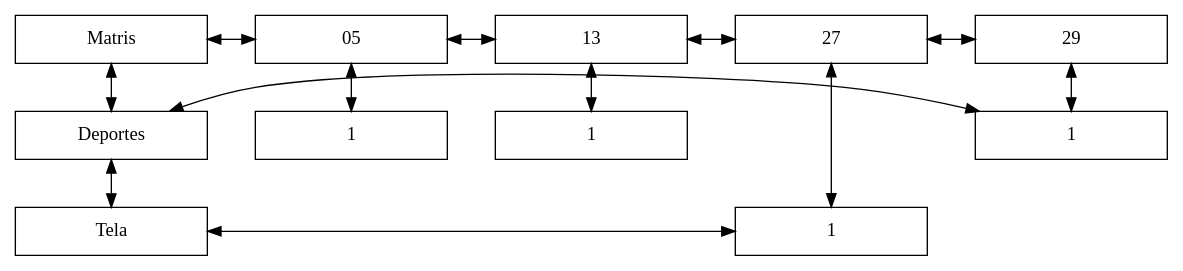
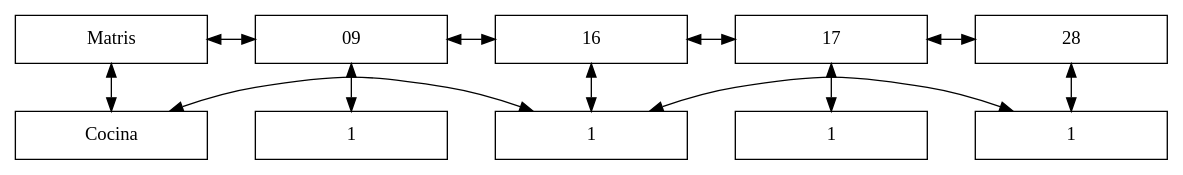
Before and after one commit to Macario12/EDD_VirtualMall_201905837: the diagram in Servidor/1997_06.dot, drawn with Graphviz. The commit also changed 40 other files, not shown here.

```diff
--- a/Servidor/1997_06.dot
+++ b/Servidor/1997_06.dot
@@ -1,31 +1,28 @@
 digraph { 
 rankdir = TB; 
 node [shape=rectangle, height=0.5, width=2] 
 graph[ nodesep = 0.5] 
 Matris[label="Matris"] 
-nodo05 [label="05"] 
-nodo13 [label="13"] 
-nodo27 [label="27"] 
-nodo29 [label="29"] 
-nodoDeportes [label="Deportes"] 
-nodoTela [label="Tela"] 
-Matris -> nodo05 [dir=both] 
-nodo05 -> nodo13 [dir=both] 
-nodo13 -> nodo27 [dir=both] 
-nodo27 -> nodo29 [dir=both] 
-Matris -> nodoDeportes [dir=both] 
-nodoDeportes -> nodoTela [dir=both] 
+nodo09 [label="09"] 
+nodo16 [label="16"] 
+nodo17 [label="17"] 
+nodo28 [label="28"] 
+nodoCocina [label="Cocina"] 
+Matris -> nodo09 [dir=both] 
+nodo09 -> nodo16 [dir=both] 
+nodo16 -> nodo17 [dir=both] 
+nodo17 -> nodo28 [dir=both] 
+Matris -> nodoCocina [dir=both] 
 nodo0y0[label="1"] 
 nodo1y0[label="1"] 
-nodo2y1[label="1"] 
+nodo2y0[label="1"] 
 nodo3y0[label="1"] 
-nodo05 -> nodo0y0[dir=both] 
-nodo13 -> nodo1y0[dir=both] 
-nodo27 -> nodo2y1[dir=both] 
-nodo29 -> nodo3y0[dir=both] 
-nodoDeportes -> nodo3y0[constraint=false, dir=both] 
-nodoTela -> nodo2y1[constraint=false, dir=both] 
-{ rank=same; Matris; nodo05; nodo13; nodo27; nodo29} 
-{ rank=same;nodoDeportes;nodo3y0} 
-{ rank=same;nodoTela;nodo2y1} 
+nodo09 -> nodo0y0[dir=both] 
+nodo16 -> nodo1y0[dir=both] 
+nodo17 -> nodo2y0[dir=both] 
+nodo28 -> nodo3y0[dir=both] 
+nodoCocina -> nodo1y0[constraint=false, dir=both] 
+nodo1y0 -> nodo3y0[constraint=false, dir=both] 
+{ rank=same; Matris; nodo09; nodo16; nodo17; nodo28} 
+{ rank=same;nodoCocina;nodo1y0;nodo3y0} 
 }
```
